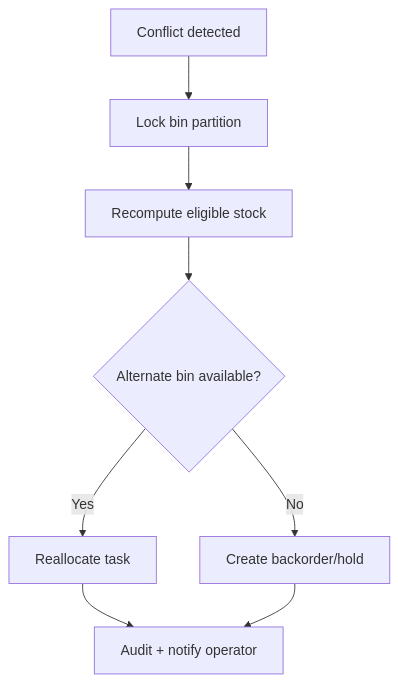
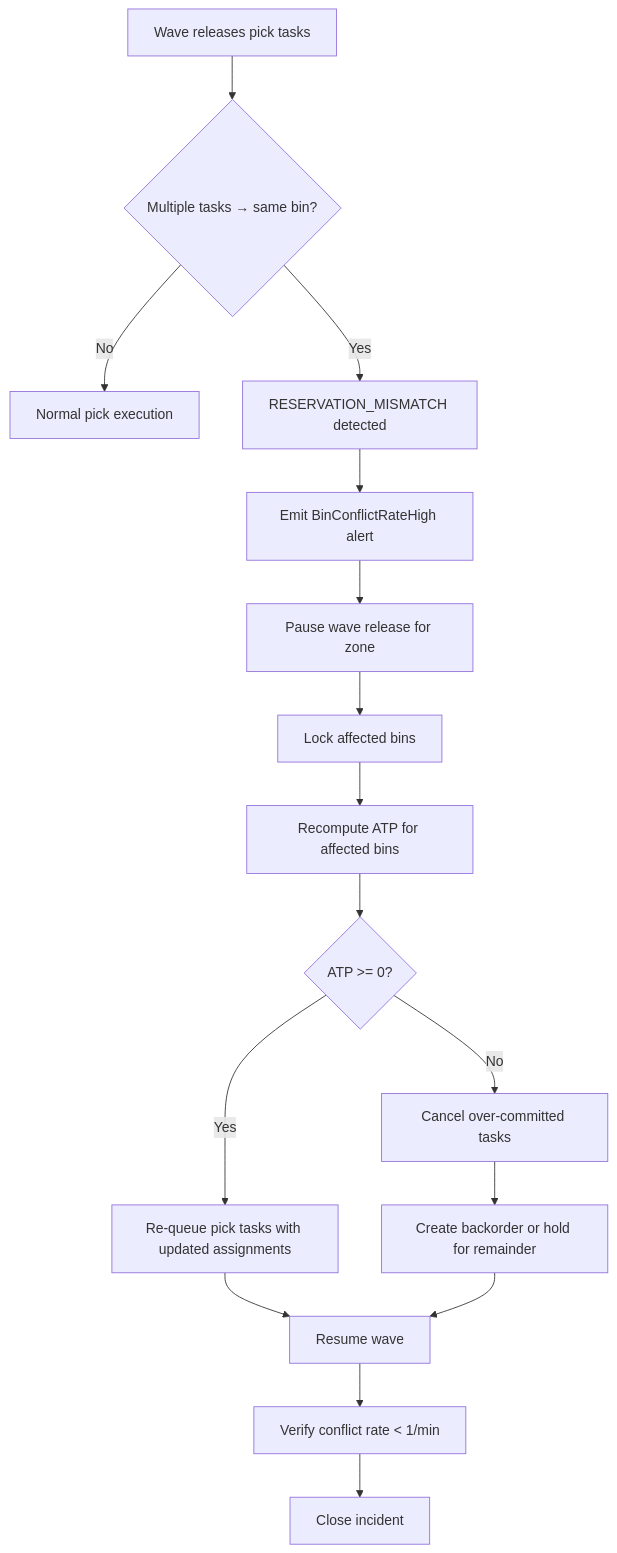
The diagram in Warehouse Management System/edge-cases/bin-conflicts.md (0Ankit0/Project-Ideas), drawn with Mermaid before and after one commit. The commit also changed other lines of this file and 30 other files, not shown here.

````diff
--- a/Warehouse Management System/edge-cases/bin-conflicts.md
+++ b/Warehouse Management System/edge-cases/bin-conflicts.md
@@ -11,10 +71,18 @@
 ```mermaid
 flowchart TD
-    A[Conflict detected] --> B[Lock bin partition]
-    B --> C[Recompute eligible stock]
-    C --> D{Alternate bin available?}
-    D -- Yes --> E[Reallocate task]
-    D -- No --> F[Create backorder/hold]
-    E --> G[Audit + notify operator]
-    F --> G
+    A[Wave releases pick tasks] --> B{Multiple tasks → same bin?}
+    B -- No --> C[Normal pick execution]
+    B -- Yes --> D[RESERVATION_MISMATCH detected]
+    D --> E[Emit BinConflictRateHigh alert]
+    E --> F[Pause wave release for zone]
+    F --> G[Lock affected bins]
+    G --> H[Recompute ATP for affected bins]
+    H --> I{ATP >= 0?}
+    I -- Yes --> J[Re-queue pick tasks with updated assignments]
+    I -- No --> K[Cancel over-committed tasks]
+    K --> L[Create backorder or hold for remainder]
+    J --> M[Resume wave]
+    L --> M
+    M --> N[Verify conflict rate < 1/min]
+    N --> O[Close incident]
 ```
````
